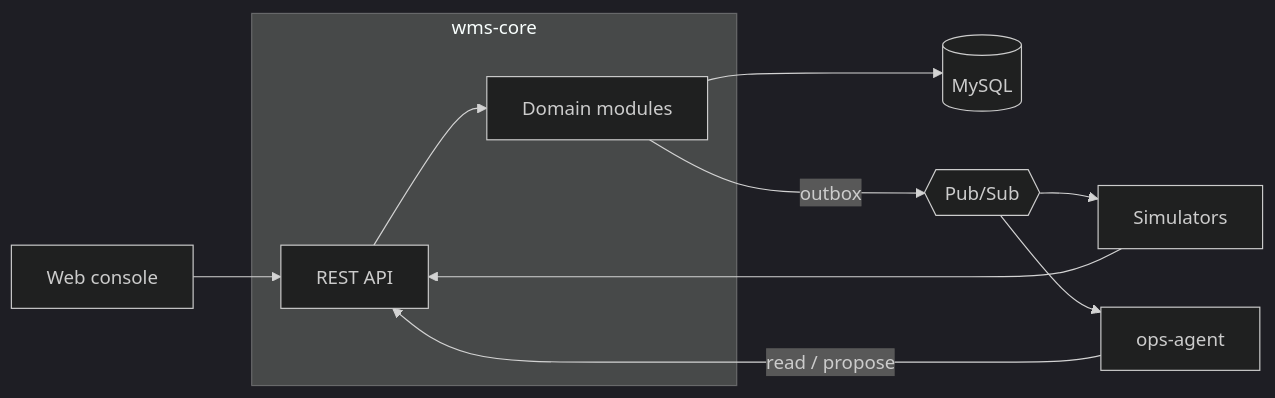
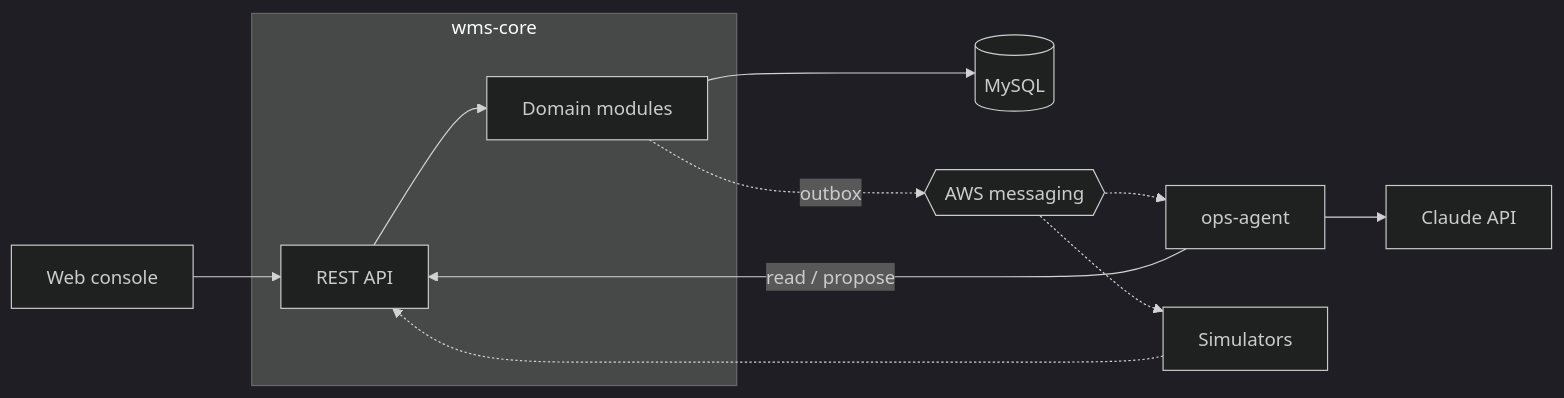
Before and after one commit to 2u5hi/cloud-wms-agentic-ai: the diagram in README.md, drawn with Mermaid (dark theme). The commit also changed other lines of this file and 8 other files, not shown here.

````diff
--- a/README.md
+++ b/README.md
@@ -15,13 +18,14 @@
 ```mermaid
 flowchart LR
   WEB[Web console] --> API
-  SIMS[Simulators] --> API
+  AGENT[ops-agent] -- "read / propose" --> API
+  AGENT --> LLM[Claude API]
   subgraph CORE[wms-core]
     API[REST API] --> DOMAIN[Domain modules]
   end
   DOMAIN --> DB[(MySQL)]
-  DOMAIN -- outbox --> PS{{Pub/Sub}}
-  PS --> SIMS
-  PS --> AGENT[ops-agent]
-  AGENT -- read / propose --> API
+  SIMS[Simulators] -.-> API
+  DOMAIN -. outbox .-> MSG{{AWS messaging}}
+  MSG -.-> AGENT
+  MSG -.-> SIMS
 ```
````
